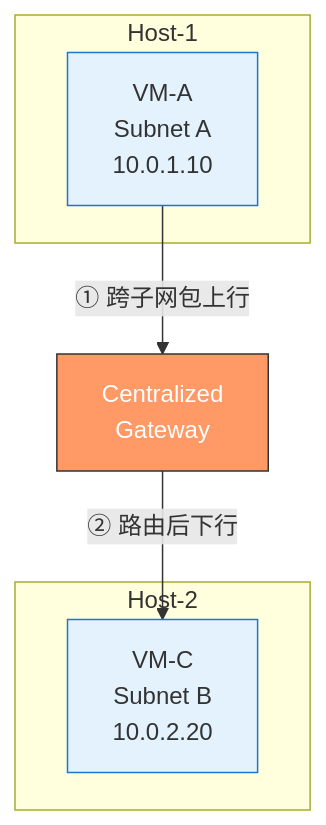
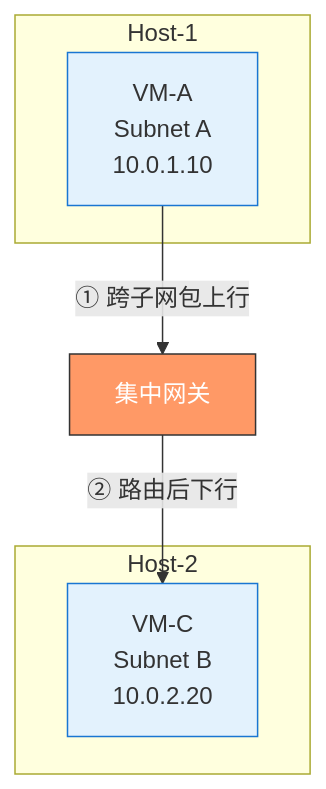
One commit to caozhiyi/network-book changed the first of 6 diagrams in docs/09.跨子网通信分布式网关与三层路由.md. Above: the diagram before and after it, drawn with Mermaid. The commit also changed other lines of this file and 77 other files, not shown here.

````diff
--- a/docs/09.跨子网通信分布式网关与三层路由.md
+++ b/docs/09.跨子网通信分布式网关与三层路由.md
@@ -31,17 +29,17 @@
 ```mermaid
 graph TB
     subgraph Host1["Host-1"]
         VMA["VM-A<br/>Subnet A<br/>10.0.1.10"]
     end
     subgraph Host2["Host-2"]
         VMC["VM-C<br/>Subnet B<br/>10.0.2.20"]
     end
-    GW["Centralized<br/>Gateway"]
+    GW["集中网关"]
 
     VMA -->|"① 跨子网包上行"| GW
     GW -->|"② 路由后下行"| VMC
 
     style GW fill:#f96,stroke:#333,color:#fff
     style VMA fill:#e3f2fd,stroke:#1976d2
     style VMC fill:#e3f2fd,stroke:#1976d2
 ```
````
